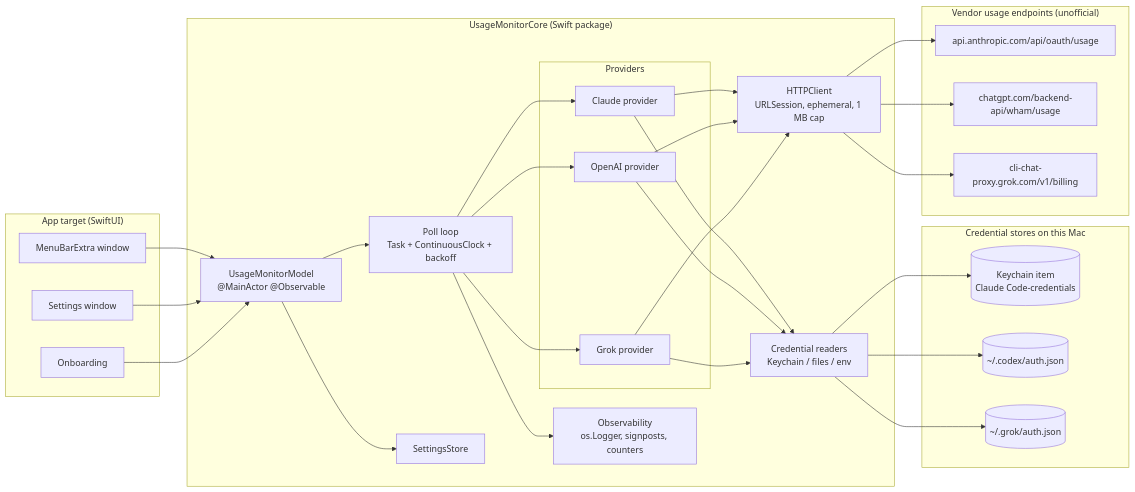
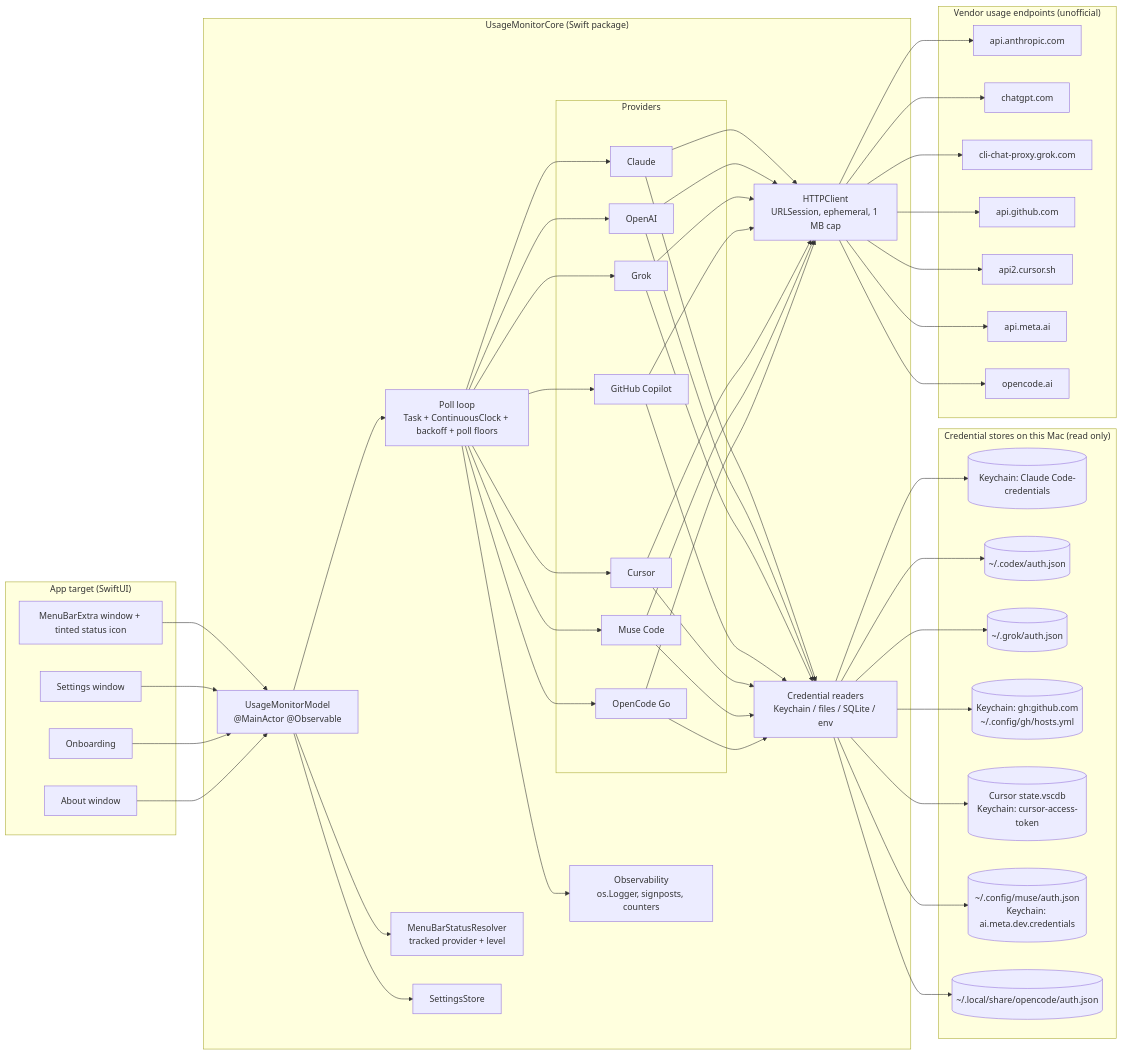
Before and after one commit to jig21nesh/usage-monitor-app: the first of 3 diagrams in README.md, drawn with Mermaid. The commit also changed other lines of this file and 4 other files, not shown here.

Commit message:
document seven providers, menu bar colour, about and licence

````diff
--- a/README.md
+++ b/README.md
@@ -205,40 +262,59 @@
 ```mermaid
 flowchart LR
     subgraph App["App target (SwiftUI)"]
-        MBE[MenuBarExtra window]
+        MBE["MenuBarExtra window + tinted status icon"]
         SET[Settings window]
         ONB[Onboarding]
+        ABT[About window]
     end
     subgraph Core["UsageMonitorCore (Swift package)"]
         MODEL["UsageMonitorModel<br/>@MainActor @Observable"]
-        POLL["Poll loop<br/>Task + ContinuousClock + backoff"]
+        POLL["Poll loop<br/>Task + ContinuousClock + backoff + poll floors"]
+        MBS["MenuBarStatusResolver<br/>tracked provider + level"]
         SETTINGS[SettingsStore]
         subgraph Providers
-            CL[Claude provider]
-            OA[OpenAI provider]
-            GK[Grok provider]
+            CL[Claude]
+            OA[OpenAI]
+            GK[Grok]
+            CP[GitHub Copilot]
+            CU[Cursor]
+            MU[Muse Code]
+            OC[OpenCode Go]
         end
-        CRED["Credential readers<br/>Keychain / files / env"]
+        CRED["Credential readers<br/>Keychain / files / SQLite / env"]
         HTTP["HTTPClient<br/>URLSession, ephemeral, 1 MB cap"]
         OBS["Observability<br/>os.Logger, signposts, counters"]
     end
-    subgraph Mac["Credential stores on this Mac"]
-        KC[("Keychain item<br/>Claude Code-credentials")]
-        CX[("~/.codex/auth.json")]
-        GR[("~/.grok/auth.json")]
+    subgraph Mac["Credential stores on this Mac (read only)"]
+        KC1[("Keychain: Claude Code-credentials")]
+        F1[("~/.codex/auth.json")]
+        F2[("~/.grok/auth.json")]
+        KC2[("Keychain: gh:github.com<br/>~/.config/gh/hosts.yml")]
+        DB[("Cursor state.vscdb<br/>Keychain: cursor-access-token")]
+        F3[("~/.config/muse/auth.json<br/>Keychain: ai.meta.dev.credentials")]
+        F4[("~/.local/share/opencode/auth.json")]
     end
     subgraph Vendors["Vendor usage endpoints (unofficial)"]
-        A1[api.anthropic.com/api/oauth/usage]
-        O1[chatgpt.com/backend-api/wham/usage]
-        G1[cli-chat-proxy.grok.com/v1/billing]
+        A1[api.anthropic.com]
+        O1[chatgpt.com]
+        G1[cli-chat-proxy.grok.com]
+        H1[api.github.com]
+        C1[api2.cursor.sh]
+        M1[api.meta.ai]
+        Z1[opencode.ai]
     end
-    MBE & SET & ONB --> MODEL
-    MODEL --> POLL --> CL & OA & GK
+    MBE & SET & ONB & ABT --> MODEL
+    MODEL --> MBS
+    MODEL --> POLL --> CL & OA & GK & CP & CU & MU & OC
     MODEL --> SETTINGS
-    CL --> CRED --> KC
-    OA --> CRED --> CX
-    GK --> CRED --> GR
-    CL & OA & GK --> HTTP
-    HTTP --> A1 & O1 & G1
+    CL --> CRED --> KC1
+    OA --> CRED --> F1
+    GK --> CRED --> F2
+    CP --> CRED --> KC2
+    CU --> CRED --> DB
+    MU --> CRED --> F3
+    OC --> CRED --> F4
+    CL & OA & GK & CP & CU & MU & OC --> HTTP
+    HTTP --> A1 & O1 & G1 & H1 & C1 & M1 & Z1
     POLL --> OBS
 ```
````
